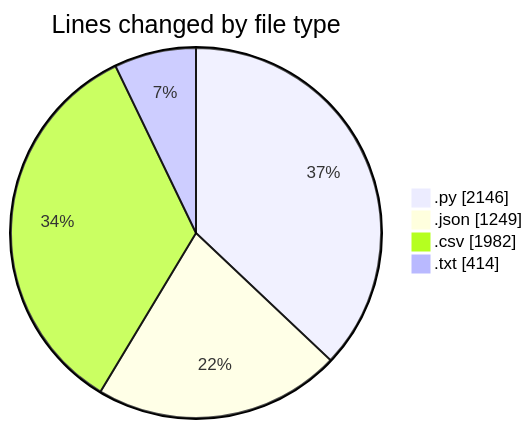
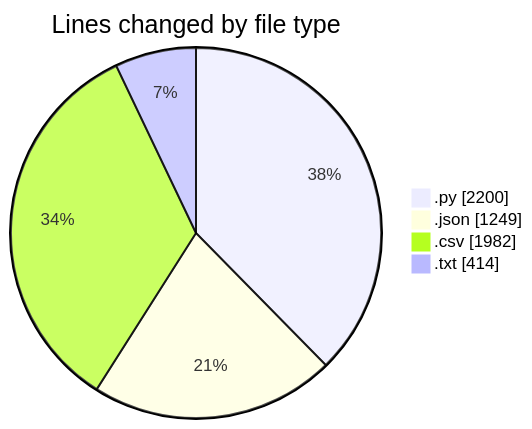
The first of 2 diagrams in 2025-07-28/refunds/README.md (EIIisD/code-tracking), drawn with Mermaid before and after one commit. The commit also changed other lines of this file and 1 other file, not shown here.

````diff
--- a/2025-07-28/refunds/README.md
+++ b/2025-07-28/refunds/README.md
@@ -25,8 +25,8 @@
 ```mermaid
 pie showData
 title Lines changed by file type
-".py" : 2146
+".py" : 2200
 ".json" : 1249
 ".csv" : 1982
 ".txt" : 414
 ```
````
